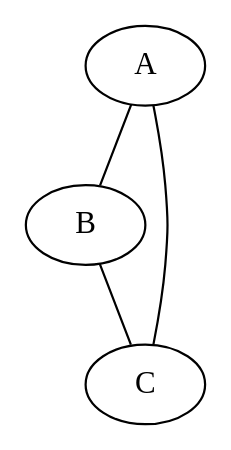
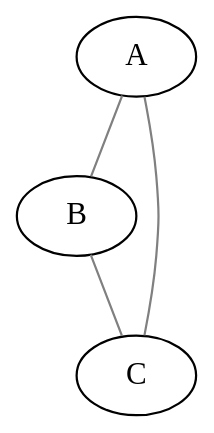
Before and after one commit to sswam/allemande: the first of 2 diagrams in doc/intro.md, drawn with Graphviz. The commit also changed other lines of this file and 1 other file, not shown here.

````diff
--- a/doc/intro.md
+++ b/doc/intro.md
@@ -144,3 +146,7 @@
 ```dot
-graph { A -- B -- C -- A }
+graph {
+    bgcolor="transparent"
+    edge [color="#808080"]
+    A -- B -- C -- A
+}
 ```
````
